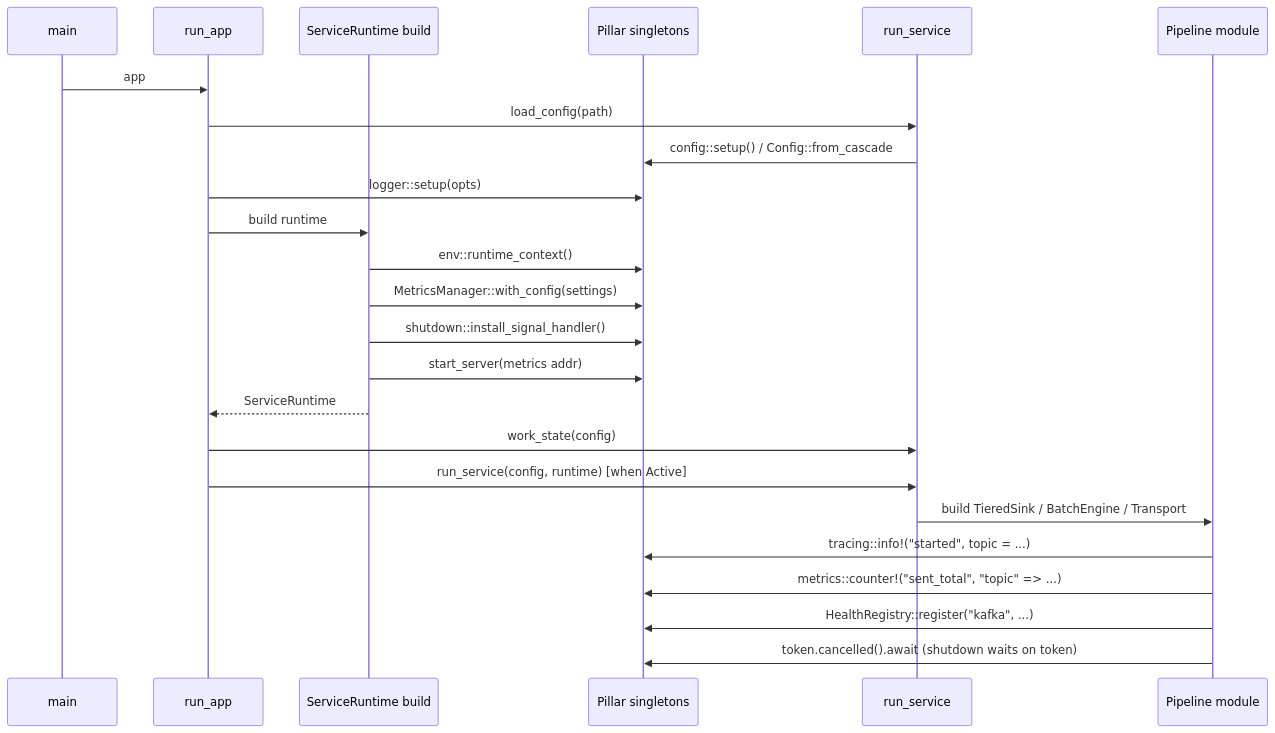
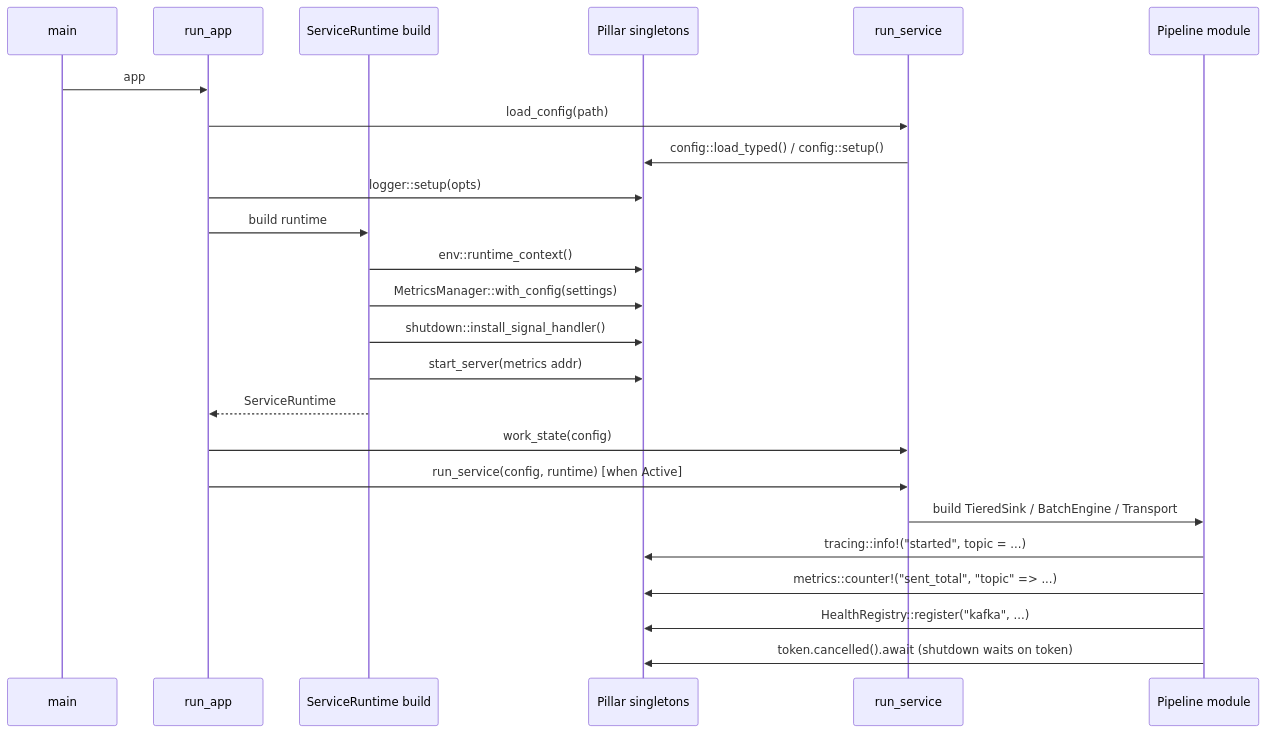
The diagram in docs/auto-wiring.md (hyperi-io/scalo-rs), drawn with Mermaid before and after one commit. The commit also changed 45 other files, not shown here.

````diff
--- a/docs/auto-wiring.md
+++ b/docs/auto-wiring.md
@@ -30,27 +30,27 @@
 ```mermaid
 sequenceDiagram
     participant Main as main
     participant Run as run_app
     participant SR as ServiceRuntime build
     participant Pillars as Pillar singletons
     participant App as run_service
     participant Module as Pipeline module
 
     Main->>Run: app
     Run->>App: load_config(path)
-    App->>Pillars: config::setup() / Config::from_cascade
+    App->>Pillars: config::load_typed() / config::setup()
     Run->>Pillars: logger::setup(opts)
     Run->>SR: build runtime
     SR->>Pillars: env::runtime_context()
     SR->>Pillars: MetricsManager::with_config(settings)
     SR->>Pillars: shutdown::install_signal_handler()
     SR->>Pillars: start_server(metrics addr)
     SR-->>Run: ServiceRuntime
     Run->>App: work_state(config)
     Run->>App: run_service(config, runtime) [when Active]
     App->>Module: build TieredSink / BatchEngine / Transport
     Module->>Pillars: tracing::info!("started", topic = ...)
     Module->>Pillars: metrics::counter!("sent_total", "topic" => ...)
     Module->>Pillars: HealthRegistry::register("kafka", ...)
     Module->>Pillars: token.cancelled().await (shutdown waits on token)
 ```
````
